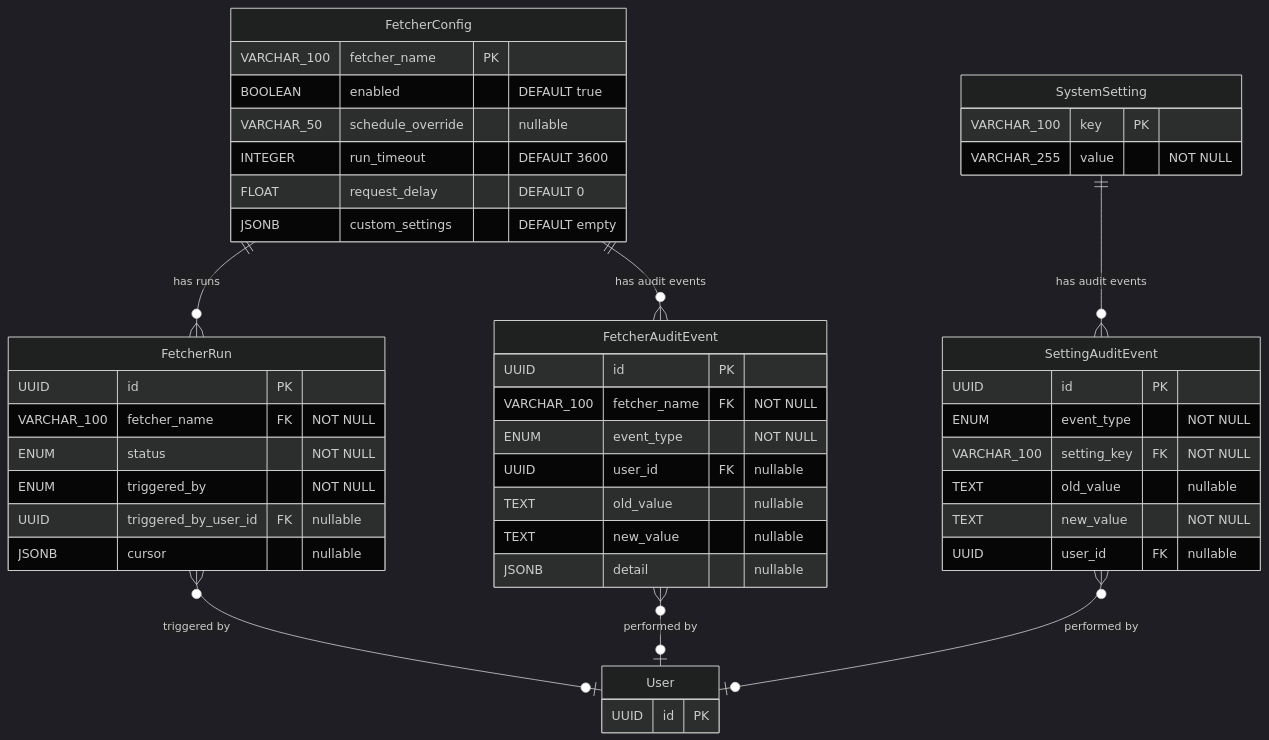
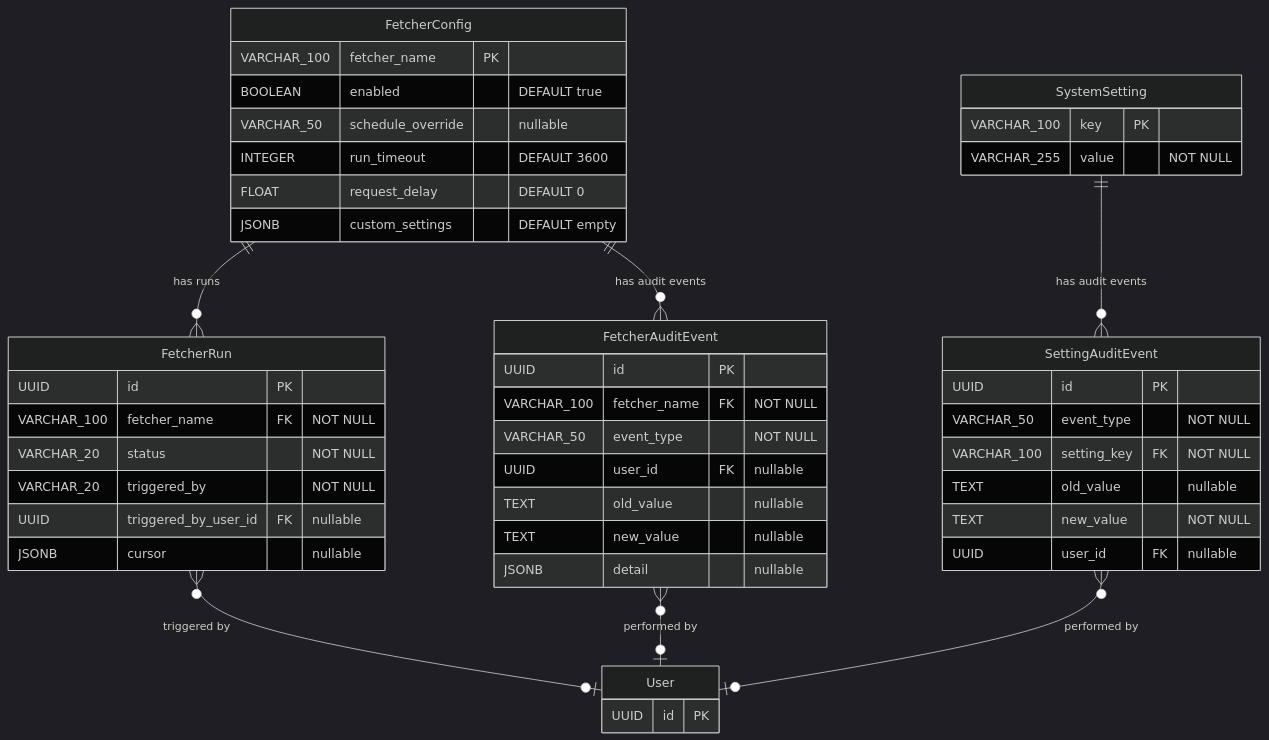
One commit to StayPirate/STAMP changed the fifth of 6 diagrams in docs/data-model.md. Above: the diagram before and after it, drawn with Mermaid (dark theme). The commit also changed other lines of this file and 14 other files, not shown here.

````diff
--- a/docs/data-model.md
+++ b/docs/data-model.md
@@ -316,50 +316,50 @@
 ```mermaid
 erDiagram
     FetcherConfig {
         VARCHAR_100 fetcher_name PK
         BOOLEAN enabled "DEFAULT true"
         VARCHAR_50 schedule_override "nullable"
         INTEGER run_timeout "DEFAULT 3600"
         FLOAT request_delay "DEFAULT 0"
         JSONB custom_settings "DEFAULT empty"
     }
     FetcherRun {
         UUID id PK
         VARCHAR_100 fetcher_name FK "NOT NULL"
-        ENUM status "NOT NULL"
-        ENUM triggered_by "NOT NULL"
+        VARCHAR_20 status "NOT NULL"
+        VARCHAR_20 triggered_by "NOT NULL"
         UUID triggered_by_user_id FK "nullable"
         JSONB cursor "nullable"
     }
     FetcherAuditEvent {
         UUID id PK
         VARCHAR_100 fetcher_name FK "NOT NULL"
-        ENUM event_type "NOT NULL"
+        VARCHAR_50 event_type "NOT NULL"
         UUID user_id FK "nullable"
         TEXT old_value "nullable"
         TEXT new_value "nullable"
         JSONB detail "nullable"
     }
     SystemSetting {
         VARCHAR_100 key PK
         VARCHAR_255 value "NOT NULL"
     }
     SettingAuditEvent {
         UUID id PK
-        ENUM event_type "NOT NULL"
+        VARCHAR_50 event_type "NOT NULL"
         VARCHAR_100 setting_key FK "NOT NULL"
         TEXT old_value "nullable"
         TEXT new_value "NOT NULL"
         UUID user_id FK "nullable"
     }
     User {
         UUID id PK
     }
 
     FetcherConfig ||--o{ FetcherRun : "has runs"
     FetcherConfig ||--o{ FetcherAuditEvent : "has audit events"
     FetcherRun }o--o| User : "triggered by"
     FetcherAuditEvent }o--o| User : "performed by"
     SystemSetting ||--o{ SettingAuditEvent : "has audit events"
     SettingAuditEvent }o--o| User : "performed by"
 ```
````
